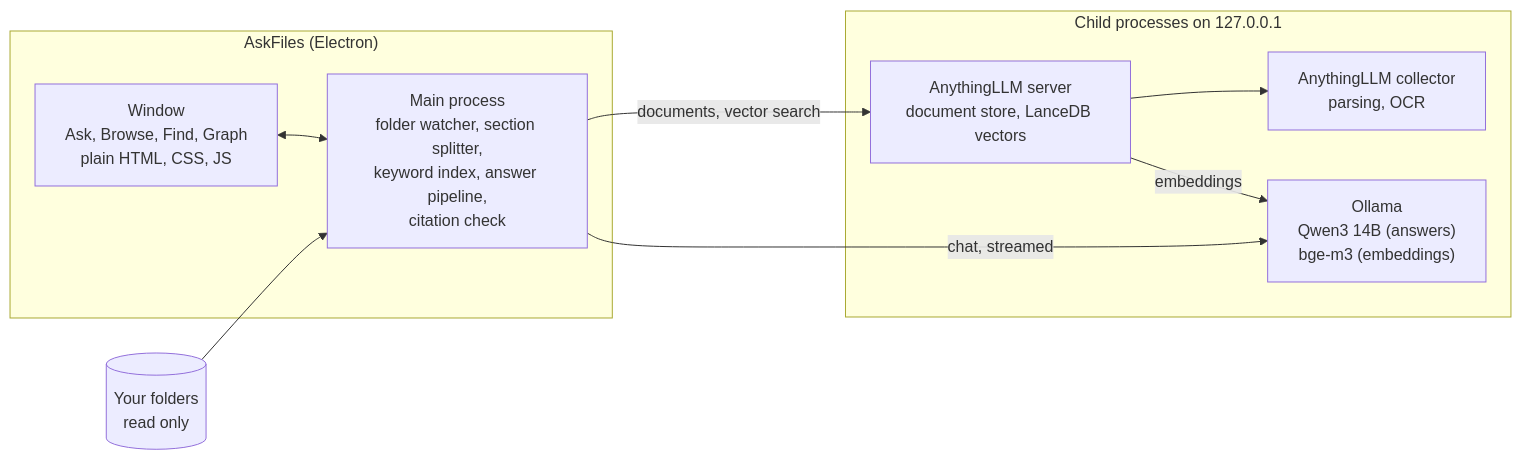
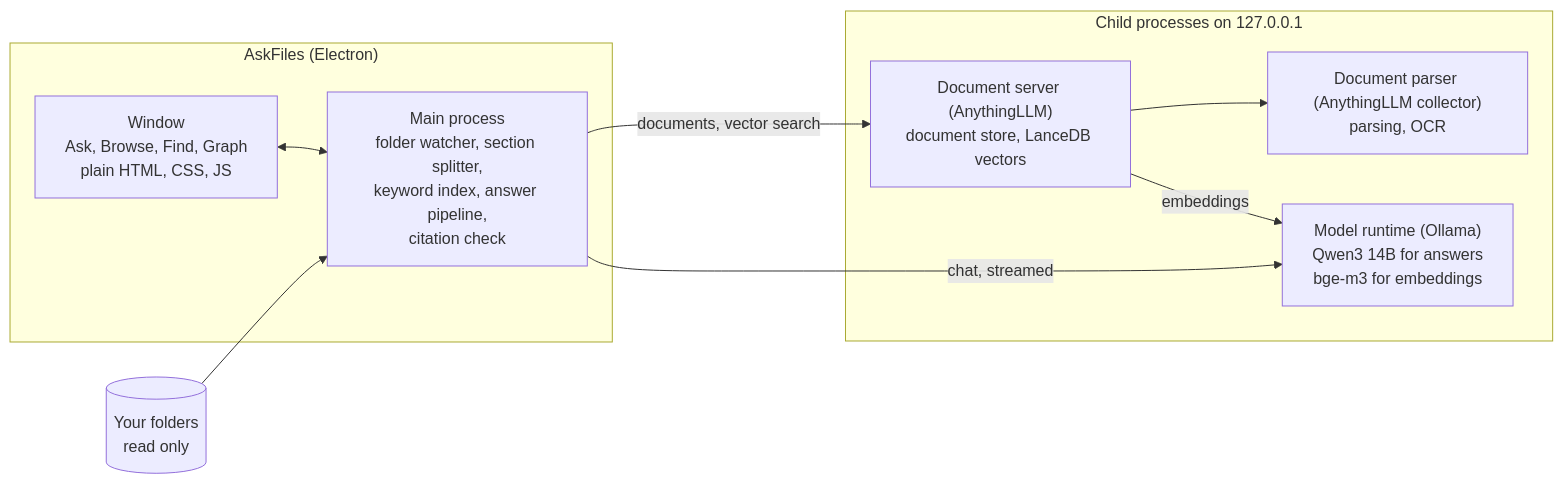
Before and after one commit to yuan-phd/askfiles: the diagram in README.md, drawn with Mermaid.

Commit message:
[README] Architecture diagram: role-first labels, padding around the diagram (#46)
* README diagram: role first, name after; top-to-bottom layout so no box sits under GitHub's zoom controls

* README diagram: back to left-to-right and the original line order; diagramPadding 120 so the zoom controls cover only blank space

````diff
--- a/README.md
+++ b/README.md
@@ -50,19 +50,20 @@
 ```mermaid
+%%{init: {"flowchart": {"diagramPadding": 120}}}%%
 flowchart LR
   subgraph App["AskFiles (Electron)"]
     UI["Window<br/>Ask, Browse, Find, Graph<br/>plain HTML, CSS, JS"]
     Main["Main process<br/>folder watcher, section splitter,<br/>keyword index, answer pipeline,<br/>citation check"]
   end
   subgraph Local["Child processes on 127.0.0.1"]
-    Server["AnythingLLM server<br/>document store, LanceDB vectors"]
-    Collector["AnythingLLM collector<br/>parsing, OCR"]
-    Ollama["Ollama<br/>Qwen3 14B (answers)<br/>bge-m3 (embeddings)"]
+    Server["Document server (AnythingLLM)<br/>document store, LanceDB vectors"]
+    Collector["Document parser (AnythingLLM collector)<br/>parsing, OCR"]
+    Ollama["Model runtime (Ollama)<br/>Qwen3 14B for answers<br/>bge-m3 for embeddings"]
   end
   Files[("Your folders<br/>read only")]
   UI <--> Main
   Files --> Main
   Main -- "documents, vector search" --> Server
   Server --> Collector
   Server -- embeddings --> Ollama
   Main -- "chat, streamed" --> Ollama
 ```
````
